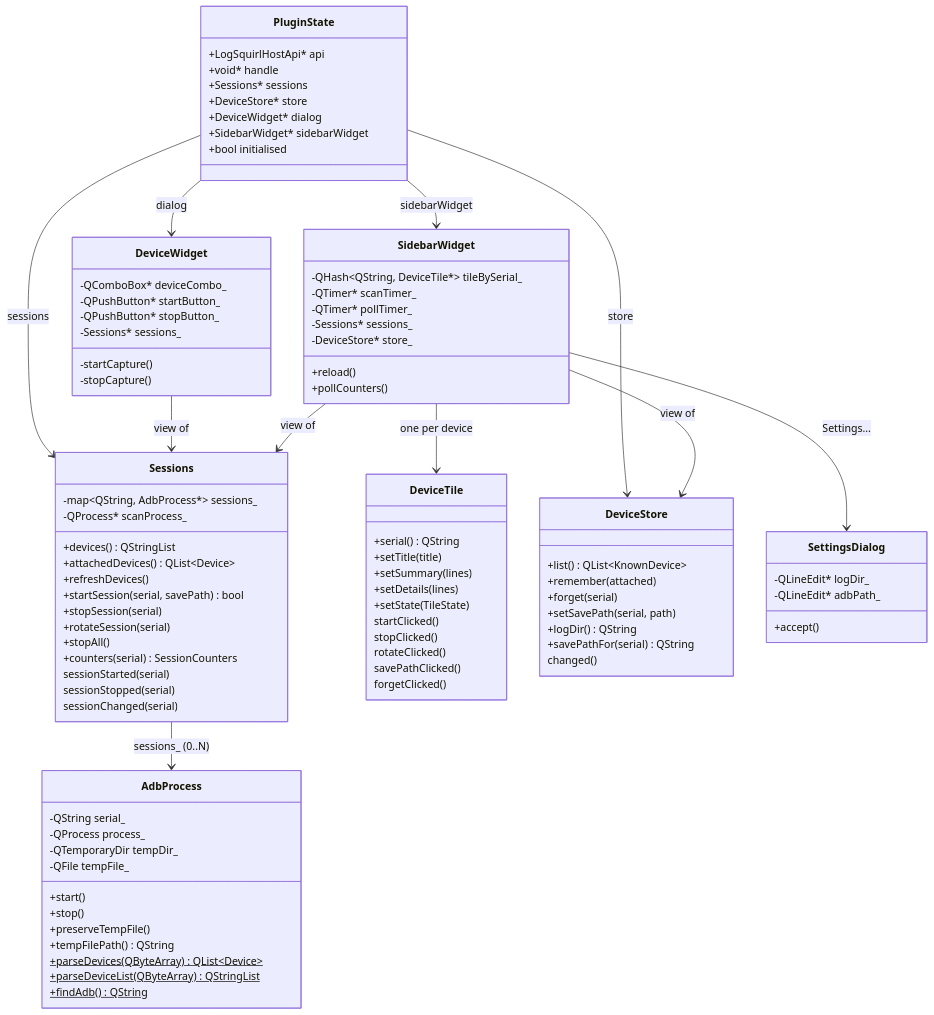
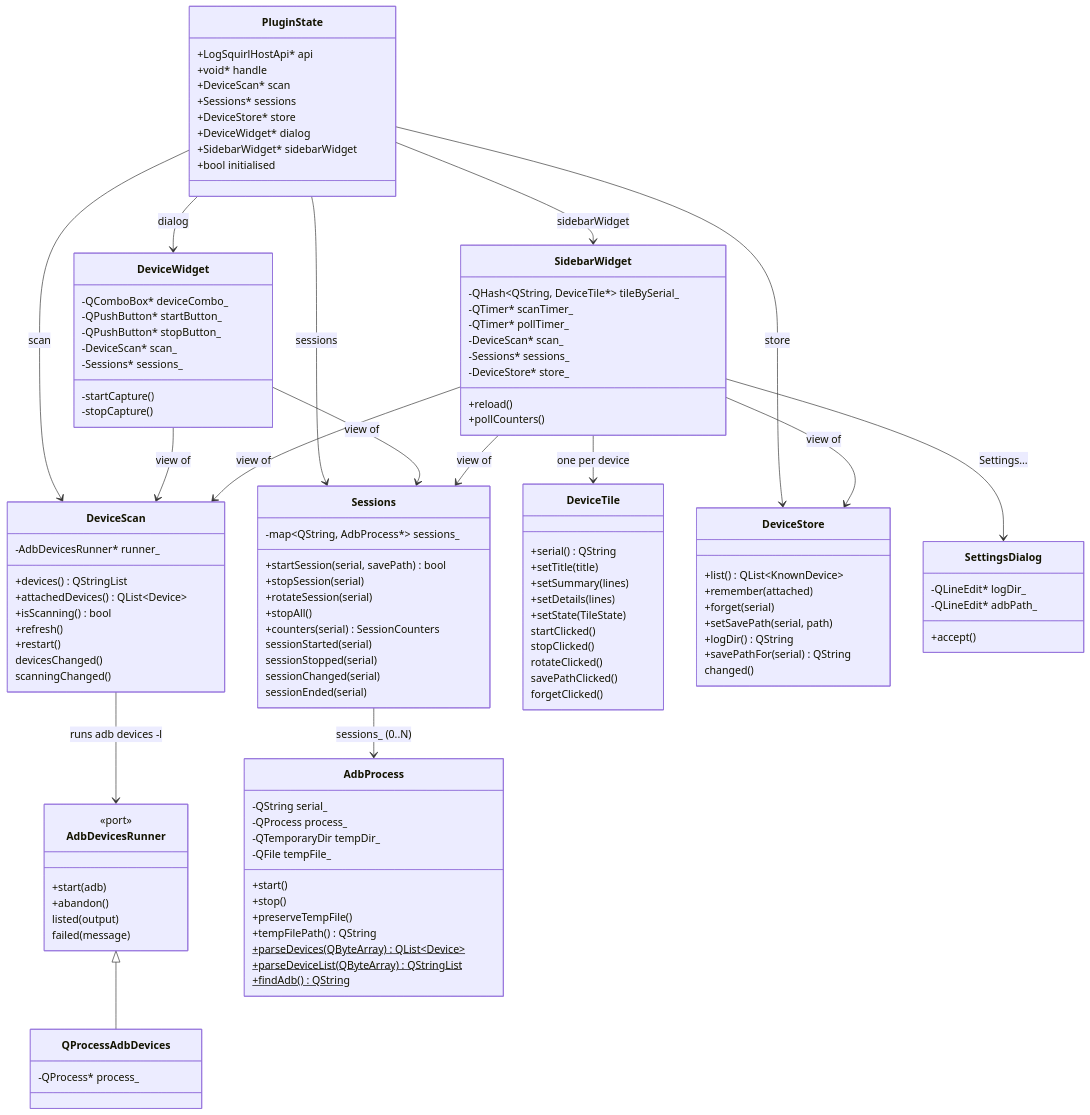
Before and after one commit to 64x-lunicorn/LogSquirl-Logcat: the second of 2 diagrams in docs/DEVELOPER_GUIDE.md, drawn with Mermaid. The commit also changed other lines of this file and 21 other files, not shown here.

First line of the commit message:
Give the device scan its own module, behind a port that runs adb devices (#61)

```diff
--- a/docs/DEVELOPER_GUIDE.md
+++ b/docs/DEVELOPER_GUIDE.md
@@ -322,6 +322,7 @@
     class PluginState {
         +LogSquirlHostApi* api
         +void* handle
+        +DeviceScan* scan
         +Sessions* sessions
         +DeviceStore* store
         +DeviceWidget* dialog
@@ -329,12 +330,31 @@
         +bool initialised
     }
 
+    class DeviceScan {
+        -AdbDevicesRunner* runner_
+        +devices() QStringList
+        +attachedDevices() QList~Device~
+        +isScanning() bool
+        +refresh()
+        +restart()
+        devicesChanged()
+        scanningChanged()
+    }
+
+    class AdbDevicesRunner {
+        <<port>>
+        +start(adb)
+        +abandon()
+        listed(output)
+        failed(message)
+    }
+
+    class QProcessAdbDevices {
+        -QProcess* process_
+    }
+
     class Sessions {
         -map~QString, AdbProcess*~ sessions_
-        -QProcess* scanProcess_
-        +devices() QStringList
-        +attachedDevices() QList~Device~
-        +refreshDevices()
         +startSession(serial, savePath) bool
         +stopSession(serial)
         +rotateSession(serial)
@@ -343,12 +363,14 @@
         sessionStarted(serial)
         sessionStopped(serial)
         sessionChanged(serial)
+        sessionEnded(serial)
     }
 
     class DeviceWidget {
         -QComboBox* deviceCombo_
         -QPushButton* startButton_
         -QPushButton* stopButton_
+        -DeviceScan* scan_
         -Sessions* sessions_
         -startCapture()
         -stopCapture()
@@ -358,6 +380,7 @@
         -QHash~QString, DeviceTile*~ tileBySerial_
         -QTimer* scanTimer_
         -QTimer* pollTimer_
+        -DeviceScan* scan_
         -Sessions* sessions_
         -DeviceStore* store_
         +reload()
@@ -407,11 +430,16 @@
         +findAdb()$ QString
     }
 
+    PluginState --> DeviceScan : scan
     PluginState --> Sessions : sessions
     PluginState --> DeviceStore : store
     PluginState --> DeviceWidget : dialog
     PluginState --> SidebarWidget : sidebarWidget
+    DeviceScan --> AdbDevicesRunner : runs adb devices -l
+    AdbDevicesRunner <|-- QProcessAdbDevices
+    DeviceWidget --> DeviceScan : view of
     DeviceWidget --> Sessions : view of
+    SidebarWidget --> DeviceScan : view of
     SidebarWidget --> Sessions : view of
     SidebarWidget --> DeviceStore : view of
     SidebarWidget --> DeviceTile : one per device
```
